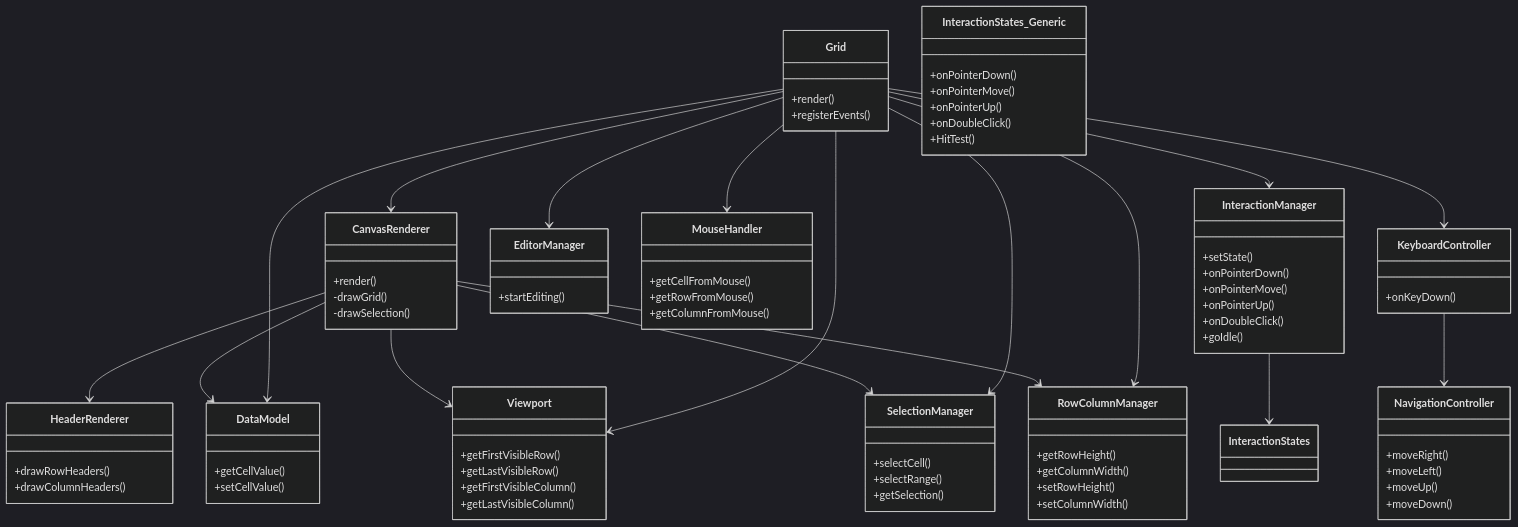
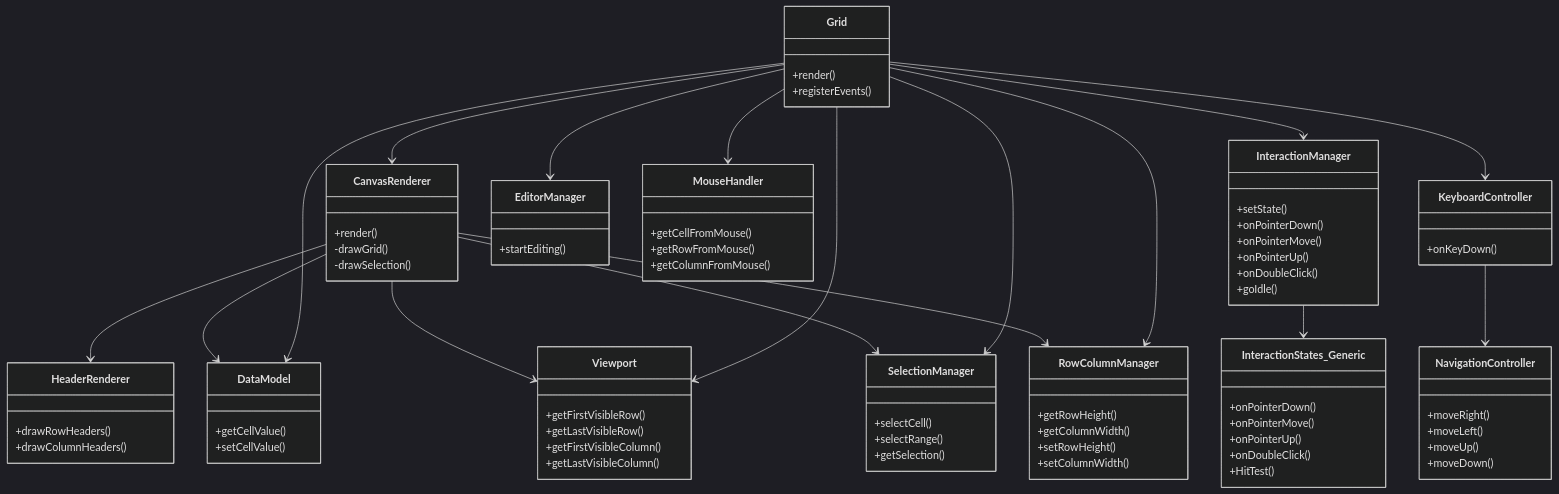
One commit to Abhishek-zeus/ExcelClone changed the third of 4 diagrams in README.md. Above: the diagram before and after it, drawn with Mermaid (dark theme).

Commit message:
Corrected diagram

```diff
--- a/README.md
+++ b/README.md
@@ -452,7 +452,7 @@
 Grid --> KeyboardController
 
 KeyboardController --> NavigationController
-InteractionManager --> InteractionStates 
+InteractionManager --> InteractionStates_Generic
 CanvasRenderer --> HeaderRenderer
 CanvasRenderer --> DataModel
 CanvasRenderer --> SelectionManager
```
